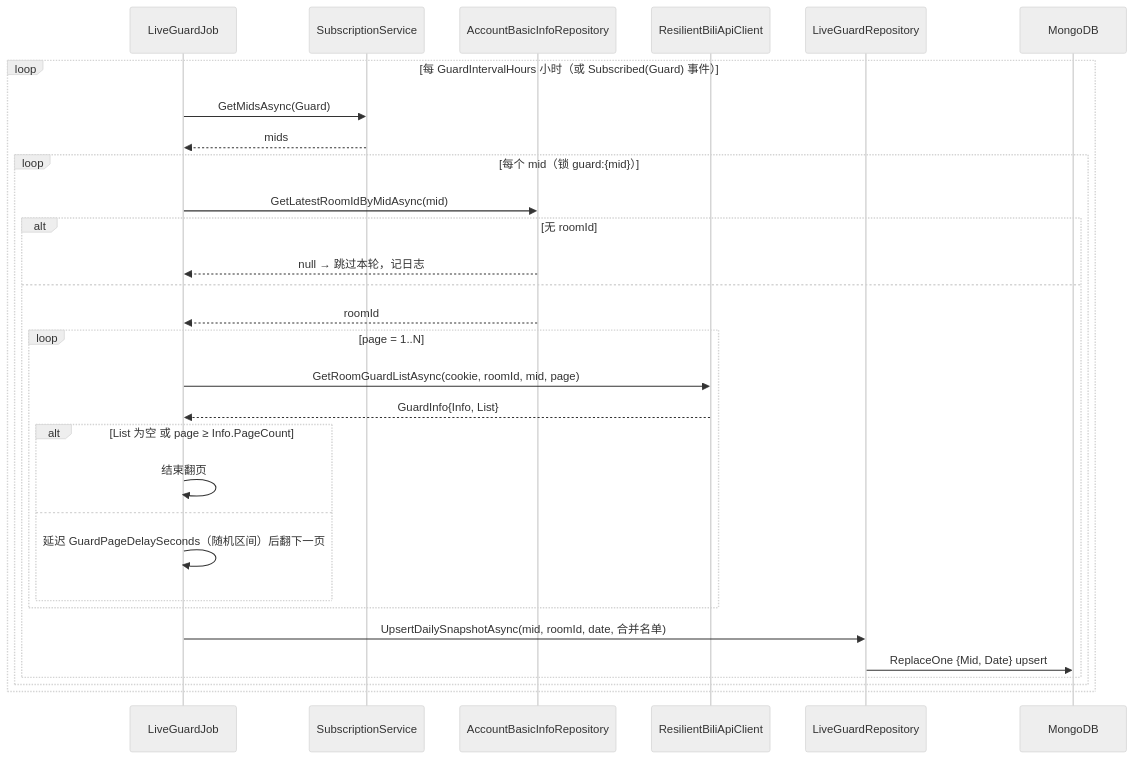
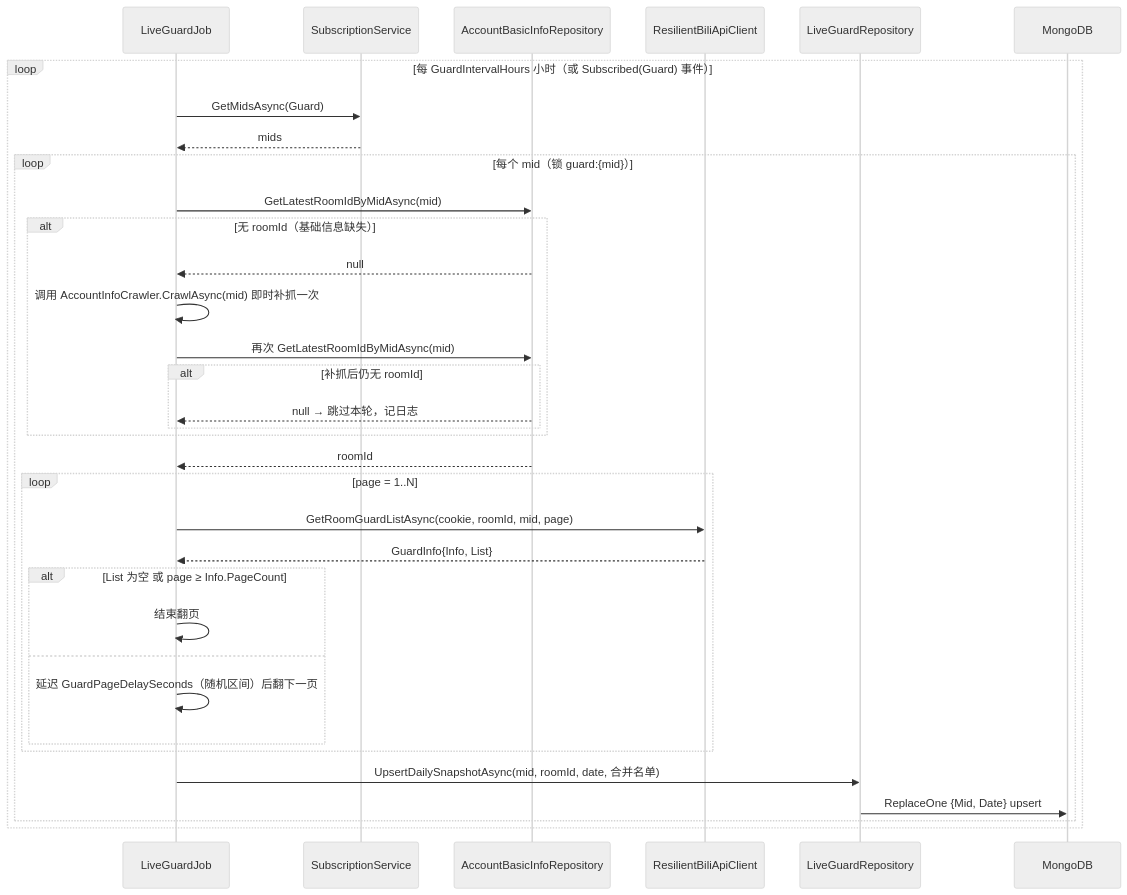
The third of 3 diagrams in docs/engineering/proposals/20260831-proposal-live-guard-crawl.md (Deliay/z-vtuber), drawn with Mermaid (neutral theme) before and after one commit. The commit also changed other lines of this file and 1 other file, not shown here.

Commit message:
docs: crawl basic info on demand when roomId missing for guard crawl

````diff
--- a/docs/engineering/proposals/20260831-proposal-live-guard-crawl.md
+++ b/docs/engineering/proposals/20260831-proposal-live-guard-crawl.md
@@ -191,33 +197,37 @@
 ```mermaid
 sequenceDiagram
     participant J as LiveGuardJob
     participant S as SubscriptionService
     participant B as AccountBasicInfoRepository
     participant C as ResilientBiliApiClient
     participant R as LiveGuardRepository
     participant M as MongoDB
 
     loop 每 GuardIntervalHours 小时（或 Subscribed(Guard) 事件）
         J->>S: GetMidsAsync(Guard)
         S-->>J: mids
         loop 每个 mid（锁 guard:{mid}）
             J->>B: GetLatestRoomIdByMidAsync(mid)
-            alt 无 roomId
-                B-->>J: null → 跳过本轮，记日志
-            else
-                B-->>J: roomId
-                loop page = 1..N
-                    J->>C: GetRoomGuardListAsync(cookie, roomId, mid, page)
-                    C-->>J: GuardInfo{Info, List}
-                    alt List 为空 或 page ≥ Info.PageCount
-                        J->>J: 结束翻页
-                    else
-                        J->>J: 延迟 GuardPageDelaySeconds（随机区间）后翻下一页
-                    end
+            alt 无 roomId（基础信息缺失）
+                B-->>J: null
+                J->>J: 调用 AccountInfoCrawler.CrawlAsync(mid) 即时补抓一次
+                J->>B: 再次 GetLatestRoomIdByMidAsync(mid)
+                alt 补抓后仍无 roomId
+                    B-->>J: null → 跳过本轮，记日志
                 end
-                J->>R: UpsertDailySnapshotAsync(mid, roomId, date, 合并名单)
-                R->>M: ReplaceOne {Mid, Date} upsert
             end
+            B-->>J: roomId
+            loop page = 1..N
+                J->>C: GetRoomGuardListAsync(cookie, roomId, mid, page)
+                C-->>J: GuardInfo{Info, List}
+                alt List 为空 或 page ≥ Info.PageCount
+                    J->>J: 结束翻页
+                else
+                    J->>J: 延迟 GuardPageDelaySeconds（随机区间）后翻下一页
+                end
+            end
+            J->>R: UpsertDailySnapshotAsync(mid, roomId, date, 合并名单)
+            R->>M: ReplaceOne {Mid, Date} upsert
         end
     end
 ```
````
